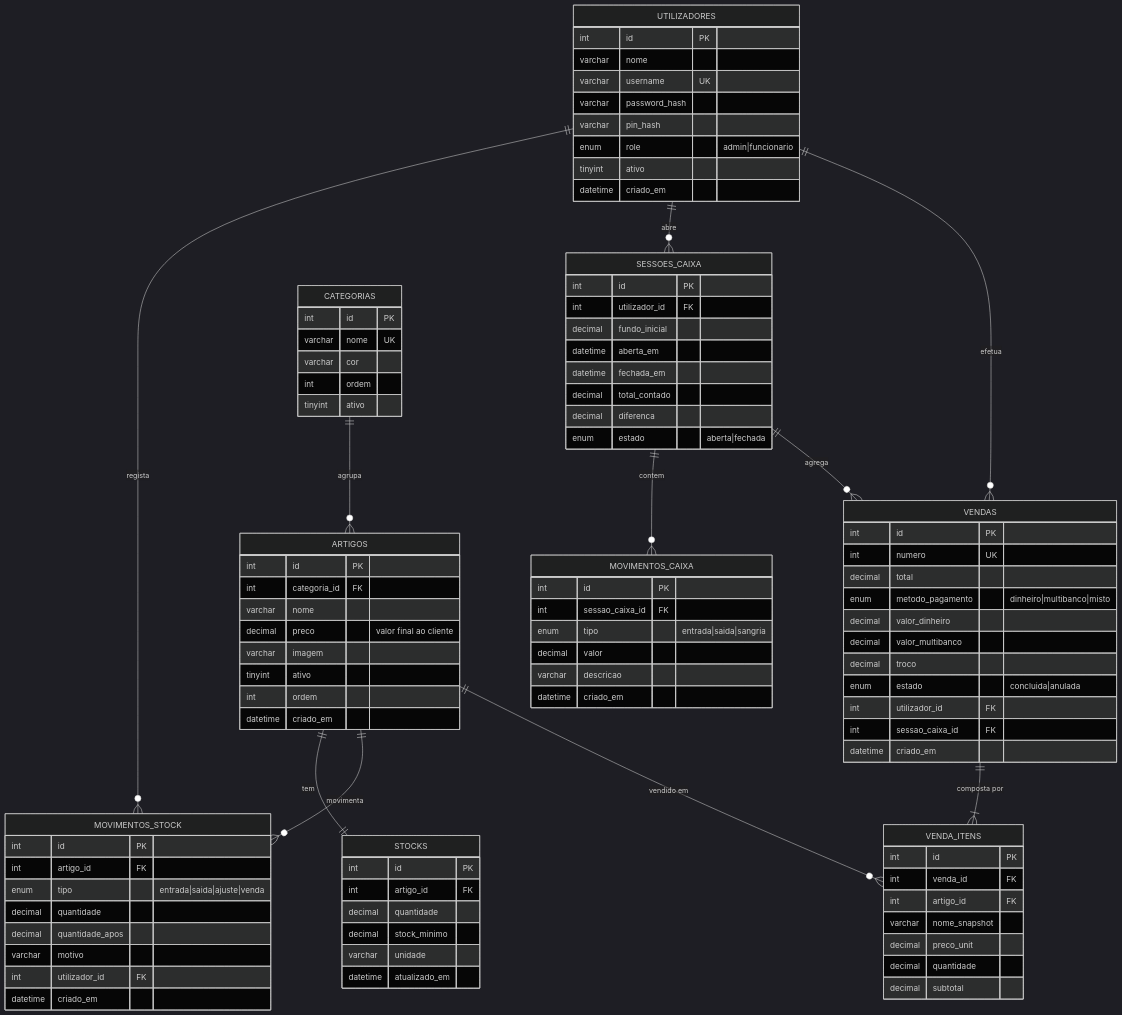
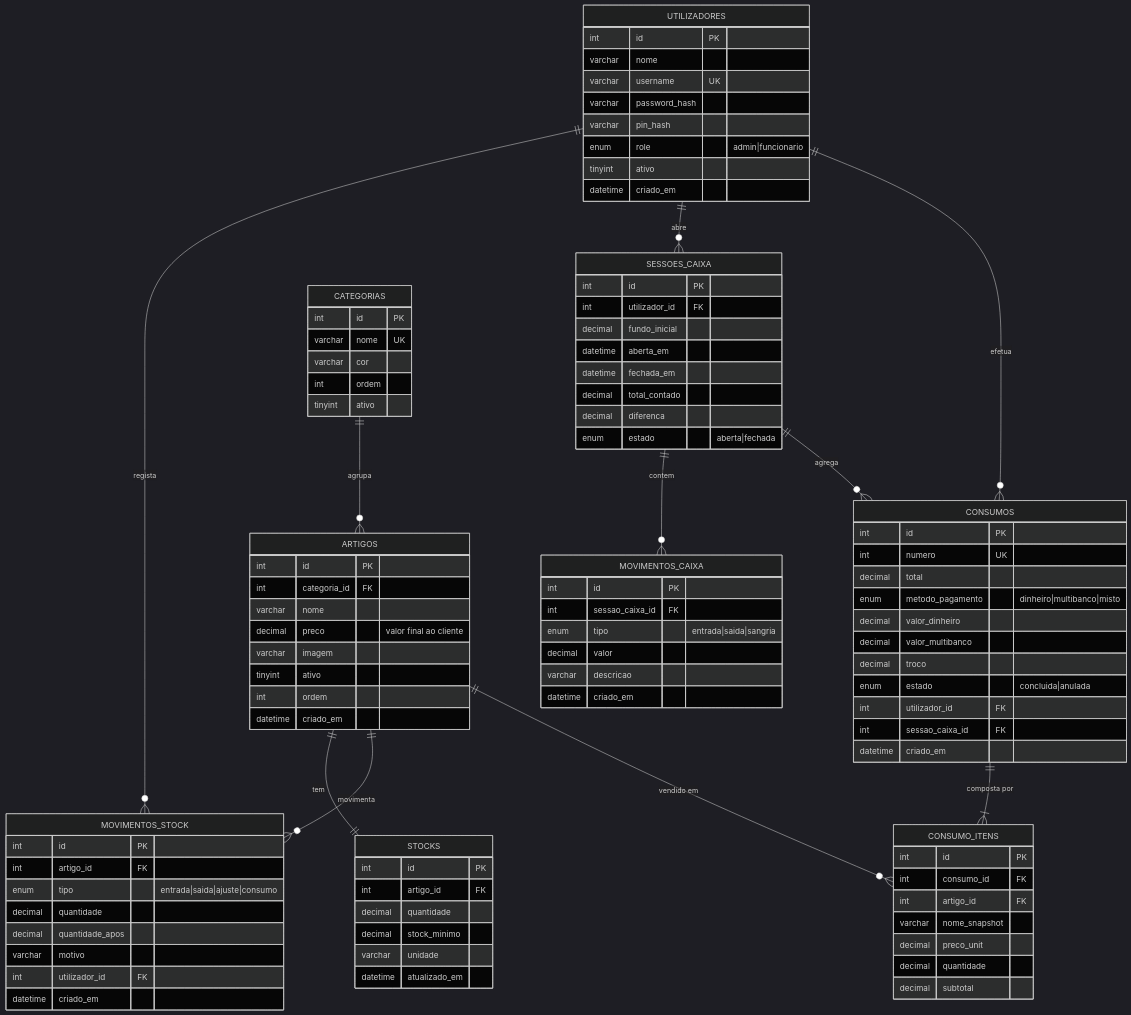
The diagram in README.md (orpheus78/site_stocks), drawn with Mermaid (dark theme) before and after one commit. The commit also changed other lines of this file and 71 other files, not shown here.

```diff
--- a/README.md
+++ b/README.md
@@ -730,14 +765,14 @@
 erDiagram
     UTILIZADORES ||--o{ MOVIMENTOS_STOCK : "regista"
     UTILIZADORES ||--o{ SESSOES_CAIXA : "abre"
-    UTILIZADORES ||--o{ VENDAS : "efetua"
+    UTILIZADORES ||--o{ CONSUMOS : "efetua"
     CATEGORIAS ||--o{ ARTIGOS : "agrupa"
     ARTIGOS ||--|| STOCKS : "tem"
     ARTIGOS ||--o{ MOVIMENTOS_STOCK : "movimenta"
-    ARTIGOS ||--o{ VENDA_ITENS : "vendido em"
+    ARTIGOS ||--o{ CONSUMO_ITENS : "vendido em"
     SESSOES_CAIXA ||--o{ MOVIMENTOS_CAIXA : "contem"
-    SESSOES_CAIXA ||--o{ VENDAS : "agrega"
-    VENDAS ||--|{ VENDA_ITENS : "composta por"
+    SESSOES_CAIXA ||--o{ CONSUMOS : "agrega"
+    CONSUMOS ||--|{ CONSUMO_ITENS : "composta por"
 
     UTILIZADORES {
         int id PK
@@ -777,7 +812,7 @@
     MOVIMENTOS_STOCK {
         int id PK
         int artigo_id FK
-        enum tipo "entrada|saida|ajuste|venda"
+        enum tipo "entrada|saida|ajuste|consumo"
         decimal quantidade
         decimal quantidade_apos
         varchar motivo
@@ -802,7 +837,7 @@
         varchar descricao
         datetime criado_em
     }
-    VENDAS {
+    CONSUMOS {
         int id PK
         int numero UK
         decimal total
@@ -815,9 +850,9 @@
         int sessao_caixa_id FK
         datetime criado_em
     }
-    VENDA_ITENS {
+    CONSUMO_ITENS {
         int id PK
-        int venda_id FK
+        int consumo_id FK
         int artigo_id FK
         varchar nome_snapshot
         decimal preco_unit
```
